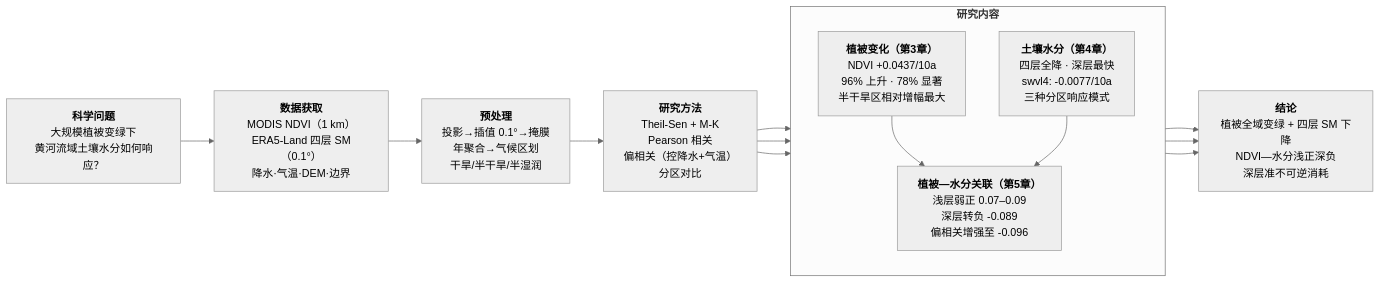
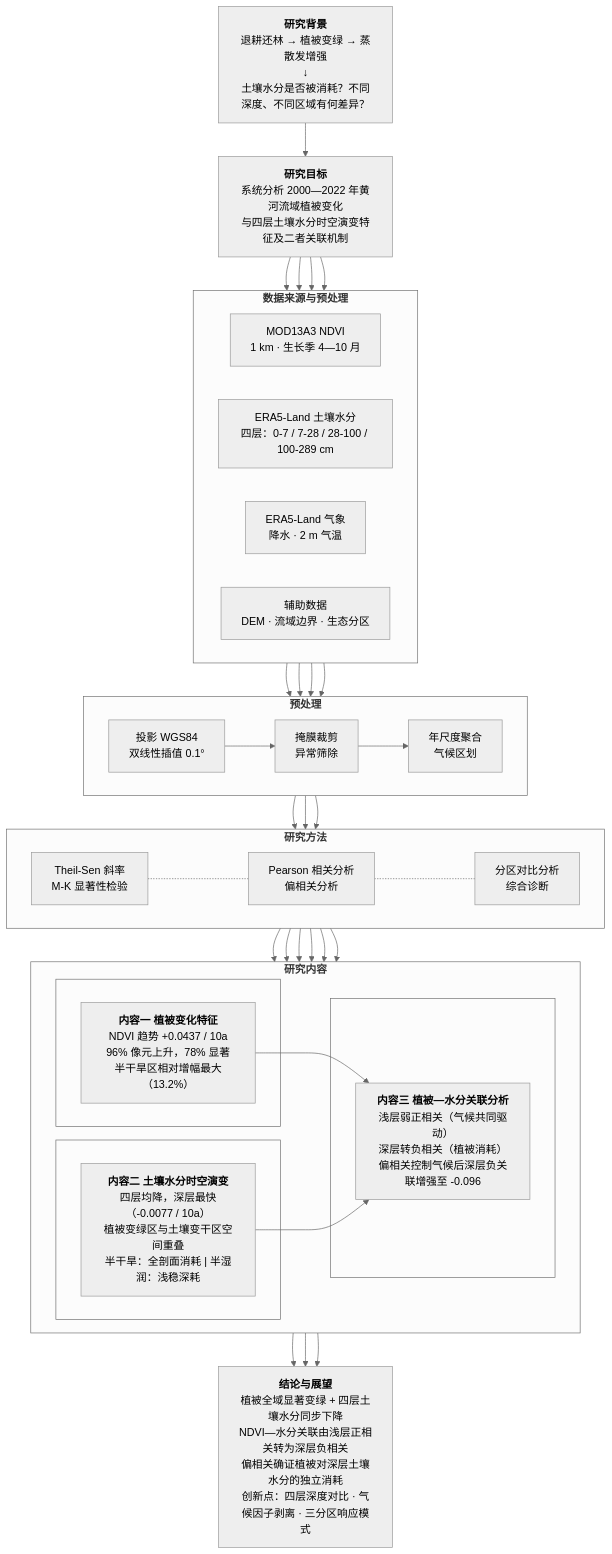
The diagram in 技术路线流程图.md (xiaoguangrui21-lang/-), drawn with Mermaid (neutral theme) before and after one commit.

````diff
--- a/技术路线流程图.md
+++ b/技术路线流程图.md
@@ -3,50 +3,81 @@
 ```mermaid
-flowchart LR
-    A["<b>科学问题</b>
-大规模植被变绿下
-黄河流域土壤水分如何响应？"]
+flowchart TD
+    P1["<b>研究背景</b>
+退耕还林 → 植被变绿 → 蒸散发增强
+↓
+土壤水分是否被消耗？不同深度、不同区域有何差异？"]
 
-    B["<b>数据获取</b>
-MODIS NDVI（1 km）
-ERA5-Land 四层 SM（0.1°）
-降水·气温·DEM·边界"]
+    P2["<b>研究目标</b>
+系统分析 2000—2022 年黄河流域植被变化
+与四层土壤水分时空演变特征及二者关联机制"]
 
-    C["<b>预处理</b>
-投影→插值 0.1°→掩膜
-年聚合→气候区划
-干旱/半干旱/半湿润"]
+    P1 --> P2
 
-    D["<b>研究方法</b>
-Theil-Sen + M-K
-Pearson 相关
-偏相关（控降水+气温）
-分区对比"]
-
-    subgraph E["<b>研究内容</b>"]
-        direction TB
-        E1["<b>植被变化（第3章）</b>
-NDVI +0.0437/10a
-96% 上升 · 78% 显著
-半干旱区相对增幅最大"]
-        E2["<b>土壤水分（第4章）</b>
-四层全降 · 深层最快
-swvl4: -0.0077/10a
-三种分区响应模式"]
-        E3["<b>植被—水分关联（第5章）</b>
-浅层弱正 0.07–0.09
-深层转负 -0.089
-偏相关增强至 -0.096"]
+    subgraph P3["<b>数据来源与预处理</b>"]
+        direction LR
+        D1["MOD13A3 NDVI
+1 km · 生长季 4—10 月"]
+        D2["ERA5-Land 土壤水分
+四层：0-7 / 7-28 / 28-100 / 100-289 cm"]
+        D3["ERA5-Land 气象
+降水 · 2 m 气温"]
+        D4["辅助数据
+DEM · 流域边界 · 生态分区"]
     end
 
-    F["<b>结论</b>
-植被全域变绿 + 四层 SM 下降
-NDVI—水分浅正深负
-深层准不可逆消耗"]
+    P2 --> D1 & D2 & D3 & D4
 
-    A --> B --> C --> D --> E1
-    D --> E2
-    D --> E3
-    E1 --> E3
-    E2 --> E3
-    E1 & E2 & E3 --> F
+    subgraph P4["<b>预处理</b>"]
+        direction LR
+        S1["投影 WGS84
+双线性插值 0.1°"] --> S2["掩膜裁剪
+异常筛除"] --> S3["年尺度聚合
+气候区划"]
+    end
+
+    D1 & D2 & D3 & D4 --> S1
+
+    subgraph P5["<b>研究方法</b>"]
+        direction LR
+        M1["Theil-Sen 斜率
+M-K 显著性检验"] -..- M2["Pearson 相关分析
+偏相关分析"] -..- M3["分区对比分析
+综合诊断"]
+    end
+
+    S3 --> M1 & M2 & M3
+
+    subgraph P6["<b>研究内容</b>"]
+        direction LR
+        subgraph C1[" "]
+            C1a["<b>内容一 植被变化特征</b>
+NDVI 趋势 +0.0437 / 10a
+96% 像元上升，78% 显著
+半干旱区相对增幅最大（13.2%）"]
+        end
+        subgraph C2[" "]
+            C2a["<b>内容二 土壤水分时空演变</b>
+四层均降，深层最快（-0.0077 / 10a）
+植被变绿区与土壤变干区空间重叠
+半干旱：全剖面消耗 | 半湿润：浅稳深耗"]
+        end
+        subgraph C3[" "]
+            C3a["<b>内容三 植被—水分关联分析</b>
+浅层弱正相关（气候共同驱动）
+深层转负相关（植被消耗）
+偏相关控制气候后深层负关联增强至 -0.096"]
+        end
+    end
+
+    M1 & M2 --> C1a
+    M1 & M2 --> C2a
+    M2 & M3 --> C3a
+    C1a --> C3a
+    C2a --> C3a
+
+    C1a & C2a & C3a --> P7["<b>结论与展望</b>
+植被全域显著变绿 + 四层土壤水分同步下降
+NDVI—水分关联由浅层正相关转为深层负相关
+偏相关确证植被对深层土壤水分的独立消耗
+创新点：四层深度对比 · 气候因子剥离 · 三分区响应模式"]
 ```
````
